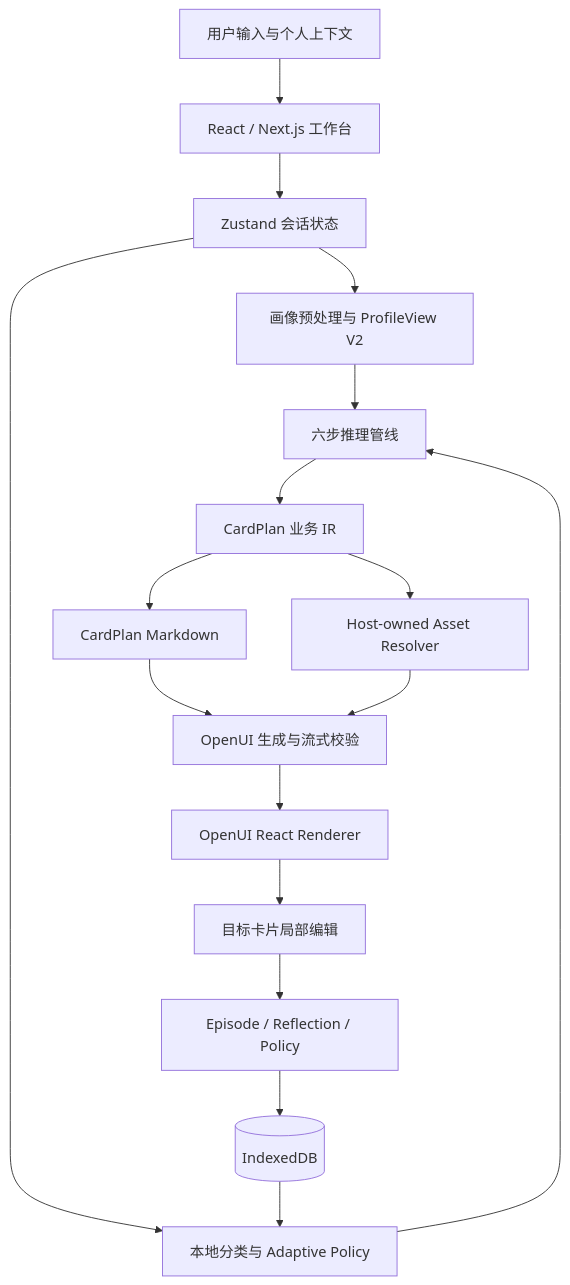
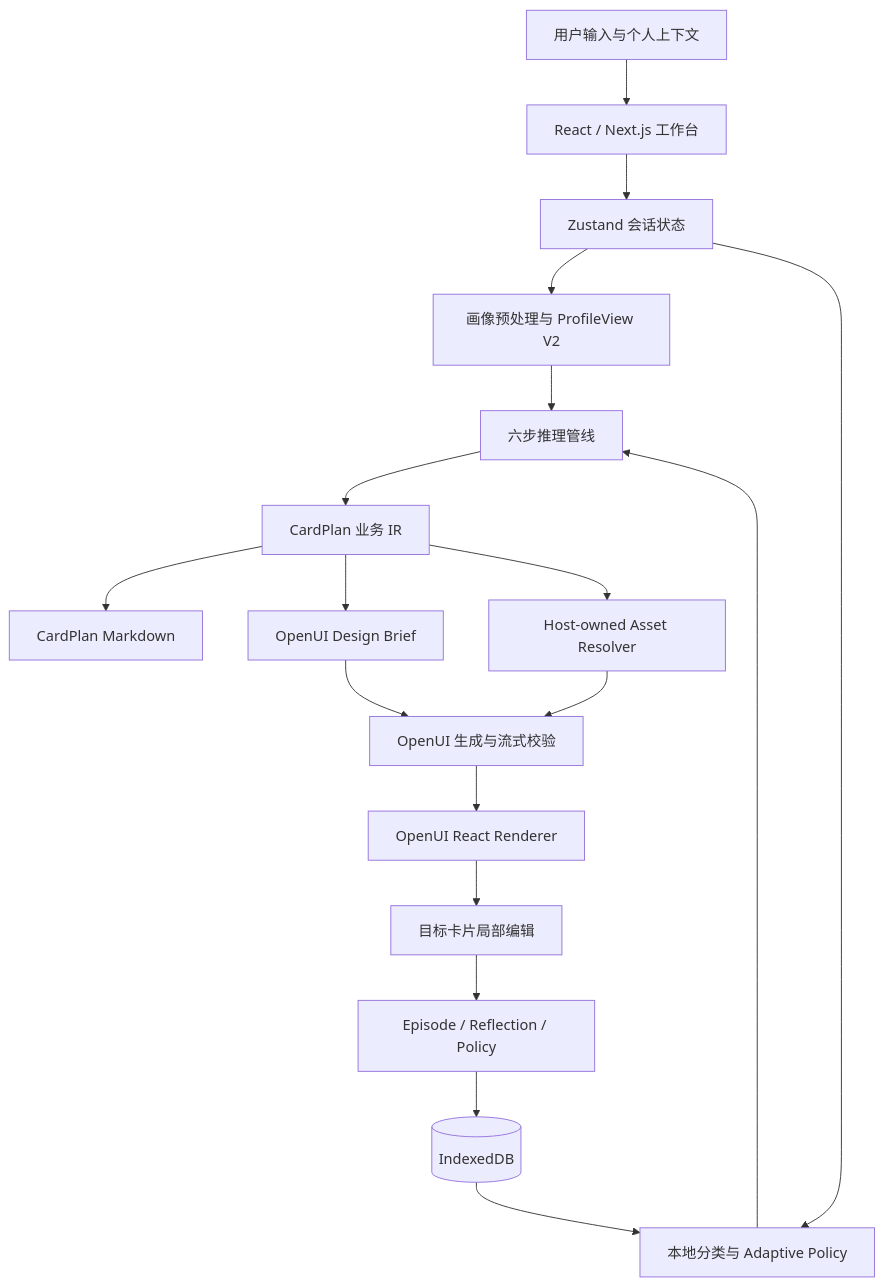
Before and after one commit to sxd722/cot-genui: the first of 2 diagrams in docs/CURRENT-ARCHITECTURE.md, drawn with Mermaid. The commit also changed other lines of this file and 1 other file, not shown here.

Commit message:
test: gate media and design-routing generation

````diff
--- a/docs/CURRENT-ARCHITECTURE.md
+++ b/docs/CURRENT-ARCHITECTURE.md
@@ -28,33 +28,35 @@
 ```mermaid
 flowchart TD
   U[用户输入与个人上下文]
   UI[React / Next.js 工作台]
   STORE[Zustand 会话状态]
   PROFILE[画像预处理与 ProfileView V2]
   ADAPT[本地分类与 Adaptive Policy]
   PIPE[六步推理管线]
   CP[CardPlan 业务 IR]
   MD[CardPlan Markdown]
+  BRIEF[OpenUI Design Brief]
   ASSET[Host-owned Asset Resolver]
   OUI[OpenUI 生成与流式校验]
   RENDER[OpenUI React Renderer]
   EDIT[目标卡片局部编辑]
   LEARN[Episode / Reflection / Policy]
   IDB[(IndexedDB)]
 
   U --> UI --> STORE
   STORE --> PROFILE
   STORE --> ADAPT
   PROFILE --> PIPE
   ADAPT --> PIPE
   PIPE --> CP
   CP --> MD
+  CP --> BRIEF
   CP --> ASSET
-  MD --> OUI
+  BRIEF --> OUI
   ASSET --> OUI
   OUI --> RENDER
   RENDER --> EDIT
   EDIT --> LEARN
   LEARN --> IDB
   IDB --> ADAPT
 ```
````
